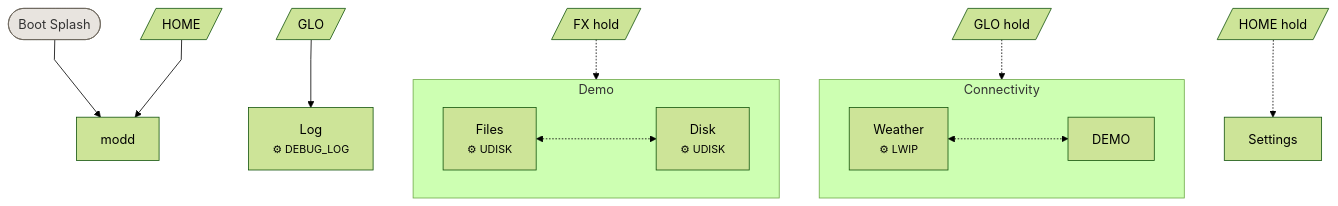
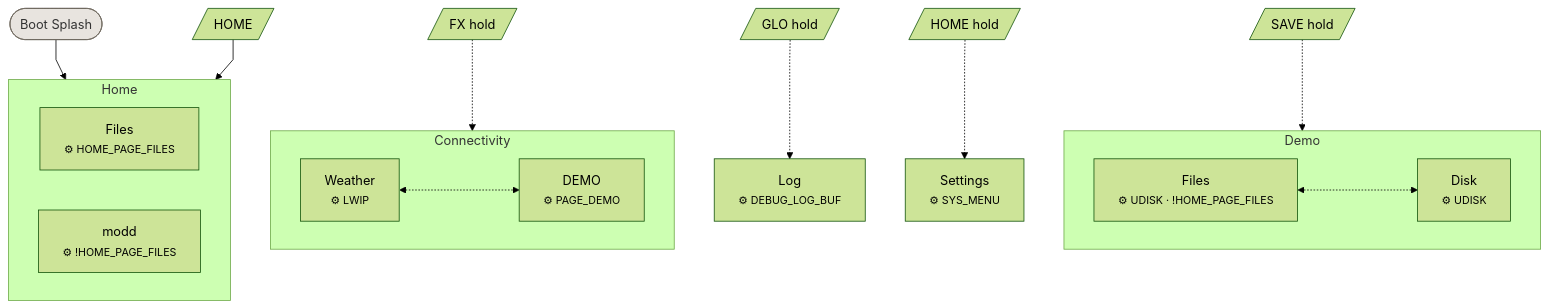
The diagram in docs/ui/themes/modd/UI.md (DimmKirr/modd), drawn with Mermaid (forest theme) before and after one commit. The commit also changed other lines of this file and 12 other files, not shown here.

````diff
--- a/docs/ui/themes/modd/UI.md
+++ b/docs/ui/themes/modd/UI.md
@@ -13,38 +13,41 @@
 ```mermaid
 %%{init: {"flowchart": {"curve": "linear"}} }%%
 flowchart TD
 
     BOOT(["Boot Splash"]):::boot
-    BOOT --> P_HOME
+    BOOT --> sg_HOME
 
-    P_HOME["modd"]
+    subgraph sg_HOME["Home"]
+        P_FILES_HOME["Files<br/><small>⚙ HOME_PAGE_FILES</small>"]
+        P_HOME["modd<br/><small>⚙ !HOME_PAGE_FILES</small>"]
+    end
 
-    P_DEBUG["Log<br/><small>⚙ DEBUG_LOG</small>"]
+    P_DEBUG["Log<br/><small>⚙ DEBUG_LOG_BUF</small>"]
 
     subgraph sg_CONN["Connectivity"]
         P_WEATHER["Weather<br/><small>⚙ LWIP</small>"]
-        P_DEMO["DEMO"]
+        P_DEMO["DEMO<br/><small>⚙ PAGE_DEMO</small>"]
     end
 
-    P_SETTINGS["Settings"]
+    P_SETTINGS["Settings<br/><small>⚙ SYS_MENU</small>"]
 
     subgraph sg_DEMO["Demo"]
-        P_FILES["Files<br/><small>⚙ UDISK</small>"]
+        P_FILES_DEMO["Files<br/><small>⚙ UDISK · !HOME_PAGE_FILES</small>"]
         P_DISK["Disk<br/><small>⚙ UDISK</small>"]
     end
 
     %% Encoder: cycle pages within a view
     P_WEATHER <-..-> P_DEMO
-    P_FILES <-..-> P_DISK
+    P_FILES_DEMO <-..-> P_DISK
 
     %% Buttons: tap navigates between views
-    BTN_GLO[/"GLO"/] --> P_DEBUG
-    BTN_HOME[/"HOME"/] --> P_HOME
+    BTN_HOME[/"HOME"/] --> sg_HOME
 
     %% Buttons: hold navigates to secondary views
-    BTN_FX_H[/"FX hold"/] -.-> sg_DEMO
-    BTN_GLO_H[/"GLO hold"/] -.-> sg_CONN
+    BTN_FX_H[/"FX hold"/] -.-> sg_CONN
+    BTN_GLO_H[/"GLO hold"/] -.-> P_DEBUG
     BTN_HOME_H[/"HOME hold"/] -.-> P_SETTINGS
+    BTN_SAVE_H[/"SAVE hold"/] -.-> sg_DEMO
 
     classDef boot fill:#E8E4DF,stroke:#6E675E,color:#333
 ```
````
